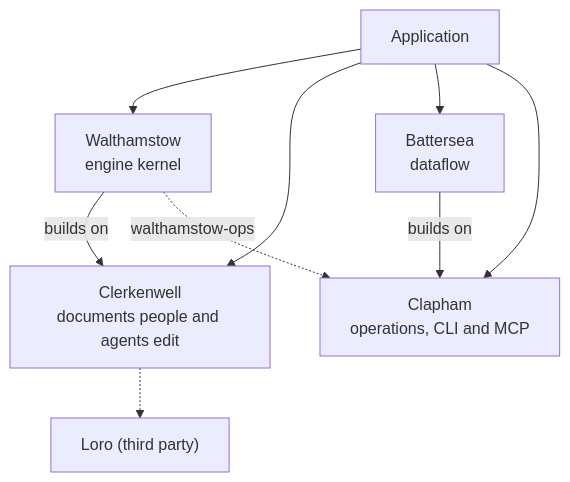
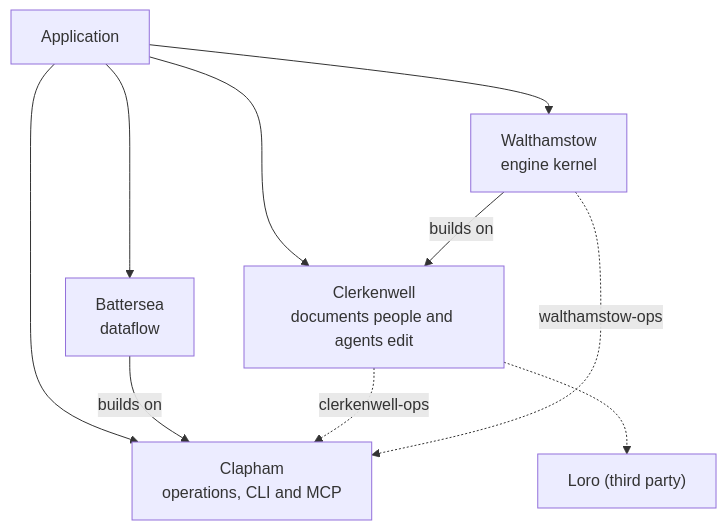
The diagram in docs/overview.md (thirtytwobits/london), drawn with Mermaid before and after one commit. The commit also changed other lines of this file and 1 other file, not shown here.

First line of the commit message:
Describe the pieces at Clerkenwell v0.11.0 and Clapham v0.3.2

````diff
--- a/docs/overview.md
+++ b/docs/overview.md
@@ -18,11 +18,12 @@
 ```mermaid
 flowchart TD
     app["Application"] --> walthamstow["Walthamstow<br/>engine kernel"]
     app --> clerkenwell["Clerkenwell<br/>documents people and agents edit"]
     app --> battersea["Battersea<br/>dataflow"]
     app --> clapham["Clapham<br/>operations, CLI and MCP"]
     walthamstow -- builds on --> clerkenwell
     battersea -- builds on --> clapham
+    clerkenwell -.->|clerkenwell-ops| clapham
     walthamstow -.->|walthamstow-ops| clapham
     clerkenwell -.-> loro["Loro (third party)"]
 ```
````
